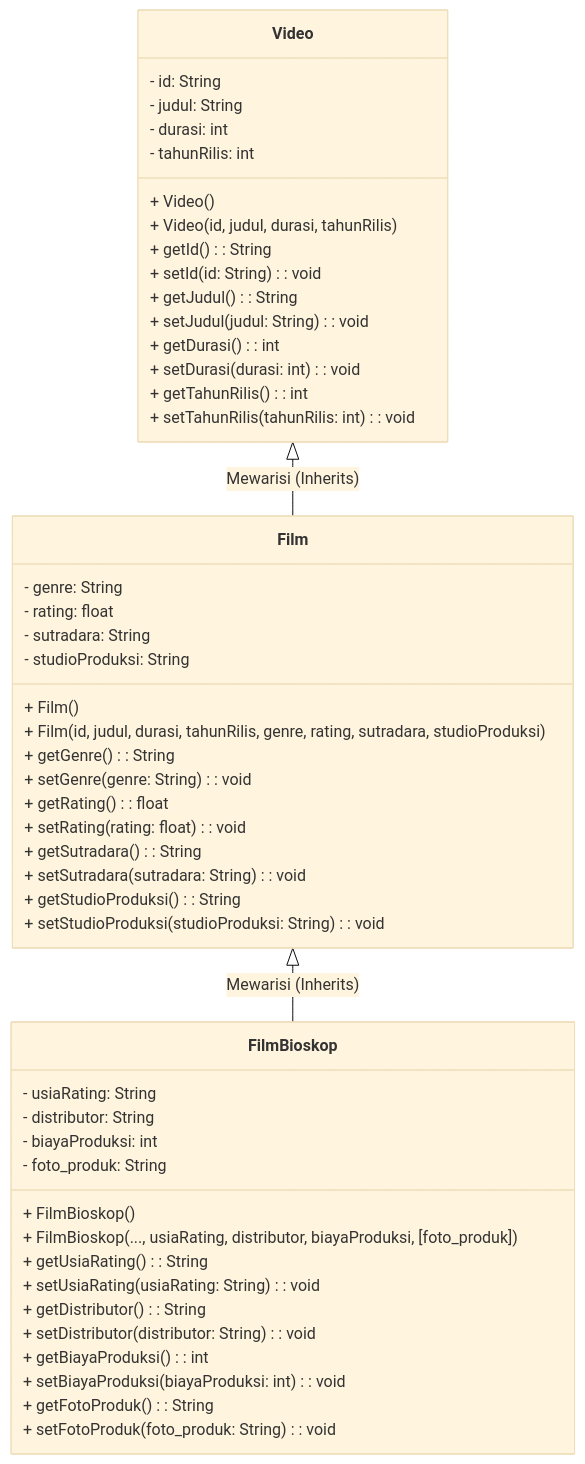
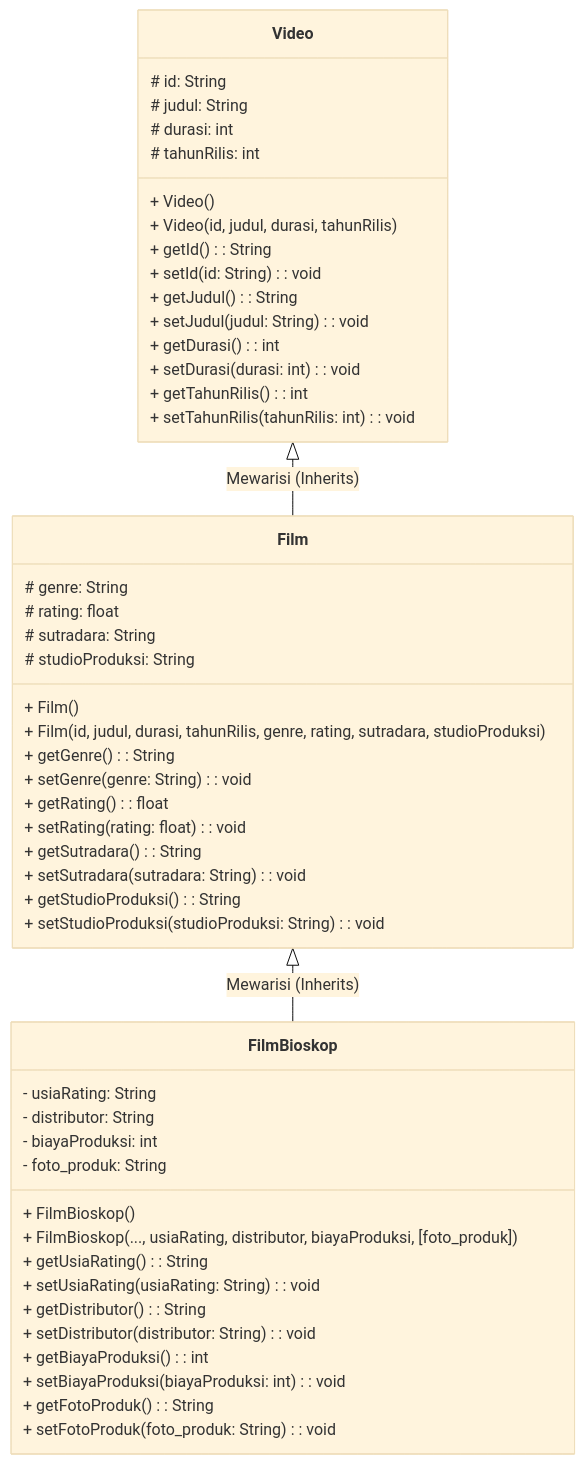
The diagram in README.md (FikryMushoffa/TP2DPBO2526C2), drawn with Mermaid (base theme) before and after one commit. The commit also changed other lines of this file, not shown here.

````diff
--- a/README.md
+++ b/README.md
@@ -119,58 +119,58 @@
 ```mermaid
 classDiagram
     direction BT
 
     class Video {
-        - id: String
-        - judul: String
-        - durasi: int
-        - tahunRilis: int
+        # id: String
+        # judul: String
+        # durasi: int
+        # tahunRilis: int
         + Video()
         + Video(id, judul, durasi, tahunRilis)
         + getId(): String
         + setId(id: String): void
         + getJudul(): String
         + setJudul(judul: String): void
         + getDurasi(): int
         + setDurasi(durasi: int): void
         + getTahunRilis(): int
         + setTahunRilis(tahunRilis: int): void
     }
 
     class Film {
-        - genre: String
-        - rating: float
-        - sutradara: String
-        - studioProduksi: String
+        # genre: String
+        # rating: float
+        # sutradara: String
+        # studioProduksi: String
         + Film()
         + Film(id, judul, durasi, tahunRilis, genre, rating, sutradara, studioProduksi)
         + getGenre(): String
         + setGenre(genre: String): void
         + getRating(): float
         + setRating(rating: float): void
         + getSutradara(): String
         + setSutradara(sutradara: String): void
         + getStudioProduksi(): String
         + setStudioProduksi(studioProduksi: String): void
     }
 
     class FilmBioskop {
         - usiaRating: String
         - distributor: String
         - biayaProduksi: int
         - foto_produk: String
         + FilmBioskop()
         + FilmBioskop(..., usiaRating, distributor, biayaProduksi, [foto_produk])
         + getUsiaRating(): String
         + setUsiaRating(usiaRating: String): void
         + getDistributor(): String
         + setDistributor(distributor: String): void
         + getBiayaProduksi(): int
         + setBiayaProduksi(biayaProduksi: int): void
         + getFotoProduk(): String
         + setFotoProduk(foto_produk: String): void
     }
 
     Film --|> Video : Mewarisi (Inherits)
     FilmBioskop --|> Film : Mewarisi (Inherits)
 ```
````
